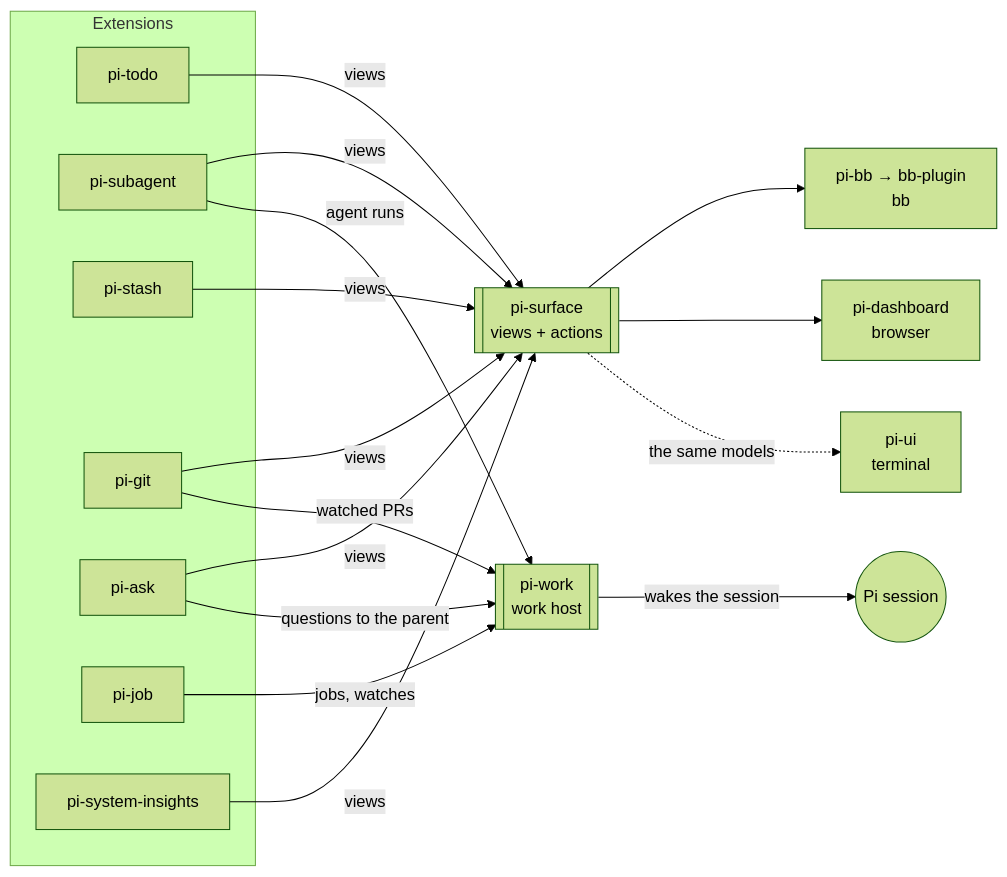
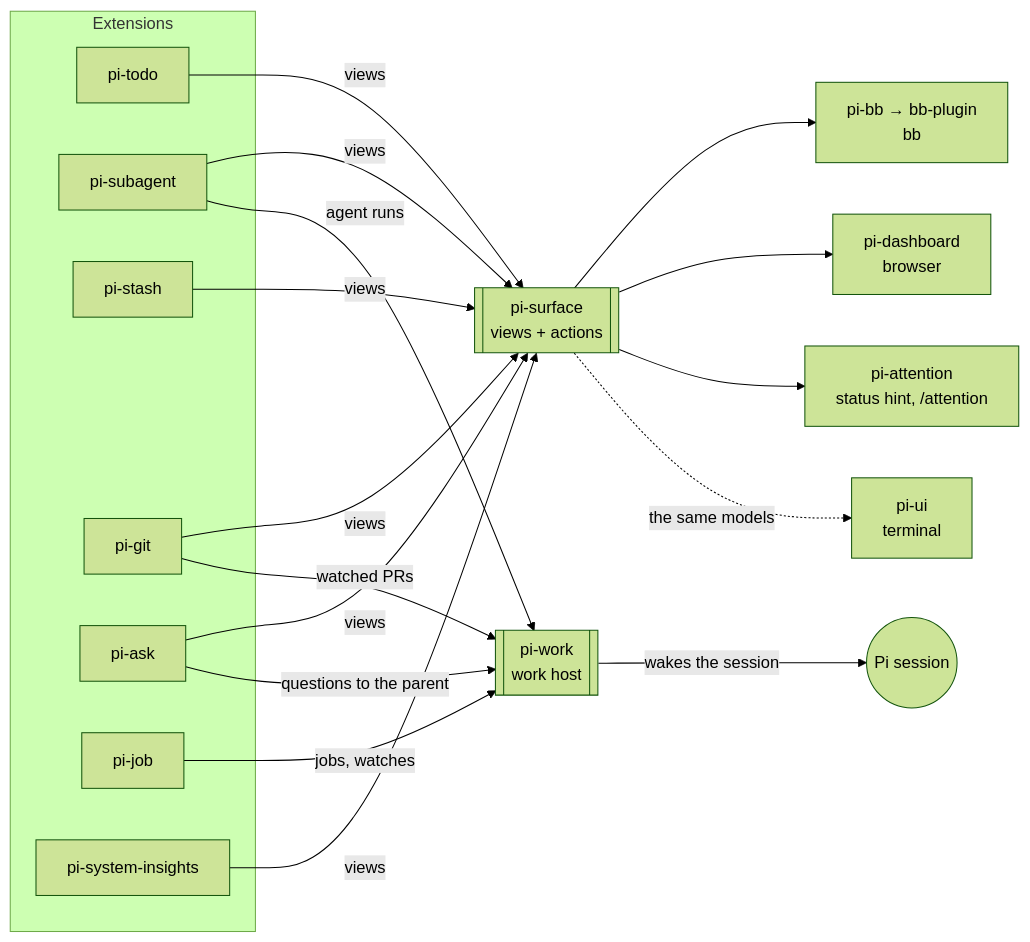
The first of 3 diagrams in README.md (zacheryph/pi), drawn with Mermaid (forest theme) before and after one commit. The commit also changed other lines of this file and 5 other files, not shown here.

First line of the commit message:
docs(pi-attention): README with a screenshot, and the bundle README's tables and diagram

````diff
--- a/README.md
+++ b/README.md
@@ -114,27 +115,28 @@
 ```mermaid
 flowchart LR
   subgraph producers["Extensions"]
     todo[pi-todo]
     subagent[pi-subagent]
     stash[pi-stash]
     git[pi-git]
     ask[pi-ask]
     job[pi-job]
     insights[pi-system-insights]
   end
 
   work[["pi-work<br/>work host"]]
   surface[["pi-surface<br/>views + actions"]]
 
   job -- "jobs, watches" --> work
   subagent -- "agent runs" --> work
   ask -- "questions to the parent" --> work
   git -- "watched PRs" --> work
   work -- "wakes the session" --> session((Pi session))
 
   todo & subagent & stash & git & ask & insights -- views --> surface
 
   surface -. "the same models" .-> tui["pi-ui<br/>terminal"]
+  surface --> attention["pi-attention<br/>status hint, /attention"]
   surface --> dashboard["pi-dashboard<br/>browser"]
   surface --> bb["pi-bb → bb-plugin<br/>bb"]
 ```
````
